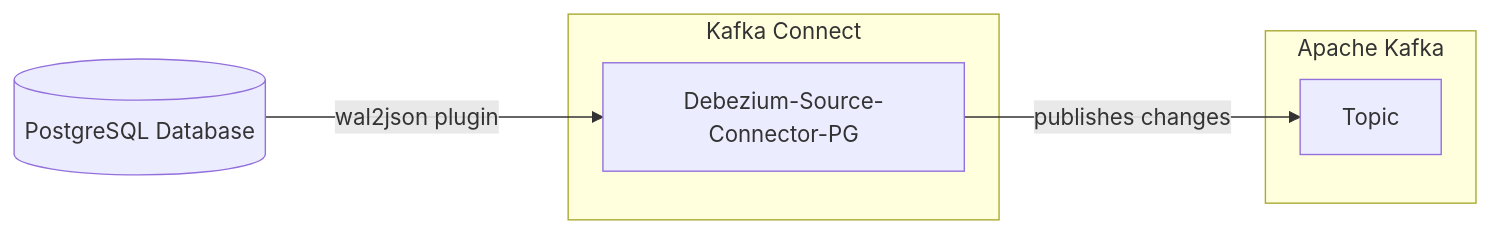
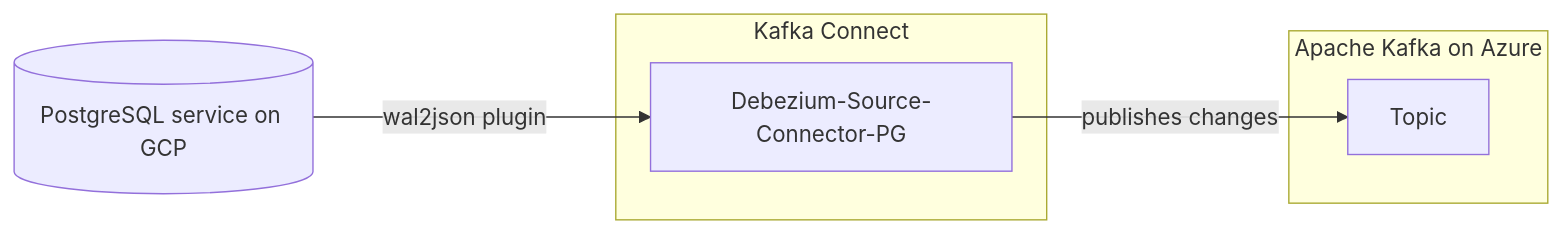
Before and after one commit to aiven/devportal: the diagram in docs/tools/terraform/reference/cookbook/kafka-debezium-postgres-source.rst, drawn with Mermaid.

Commit message:
Changed the name of the services in the diagram

```diff
--- a/docs/tools/terraform/reference/cookbook/kafka-debezium-postgres-source.rst
+++ b/docs/tools/terraform/reference/cookbook/kafka-debezium-postgres-source.rst
@@ -8,11 +8,11 @@
 .. mermaid::
 
    flowchart LR
-      id1[(PostgreSQL Database)]
+      id1[(PostgreSQL service on GCP)]
       subgraph Kafka Connect
       Debezium-Source-Connector-PG
       end
-      subgraph Apache Kafka
+      subgraph Apache Kafka on Azure
       Topic
       end
       id1 --->|wal2json plugin| Debezium-Source-Connector-PG -->|publishes changes| Topic
```
